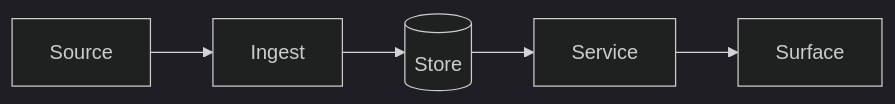
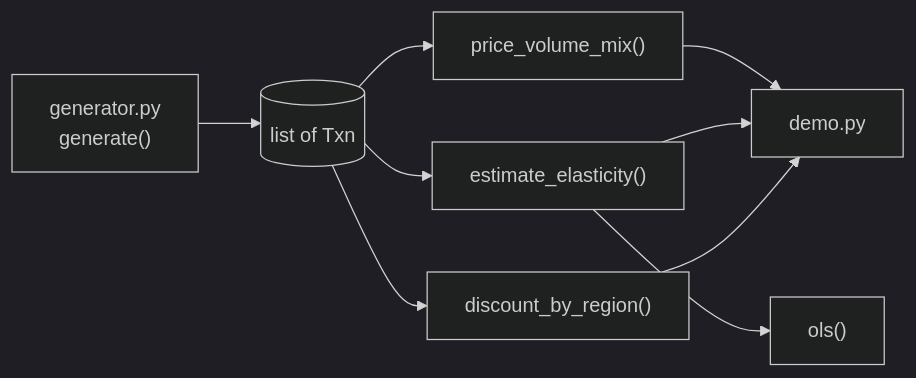
One commit to SlateGitOrg/marginbridge changed the diagram in docs/ARCHITECTURE.md. Above: the diagram before and after it, drawn with Mermaid (dark theme). The commit also changed other lines of this file and 3 other files, not shown here.

Commit message:
docs: rewrite README and architecture notes, fix license holder

````diff
--- a/docs/ARCHITECTURE.md
+++ b/docs/ARCHITECTURE.md
@@ -15,7 +9,11 @@
 ```mermaid
 flowchart LR
-  A[Source] --> B[Ingest]
-  B --> C[(Store)]
-  C --> D[Service]
-  D --> E[Surface]
+  A["generator.py<br/>generate()"] --> B[("list of Txn")]
+  B --> C["price_volume_mix()"]
+  B --> D["estimate_elasticity()"]
+  B --> E["discount_by_region()"]
+  D --> F["ols()"]
+  C --> G["demo.py"]
+  D --> G
+  E --> G
 ```
````
